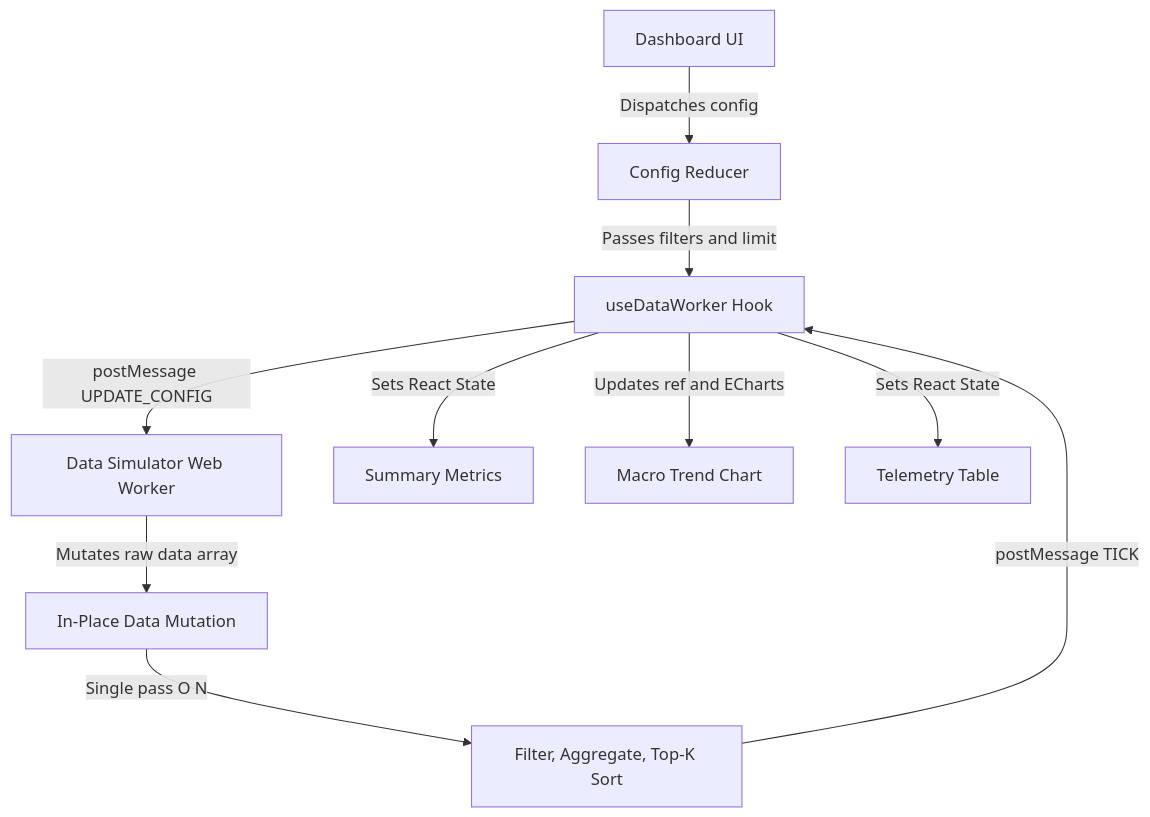
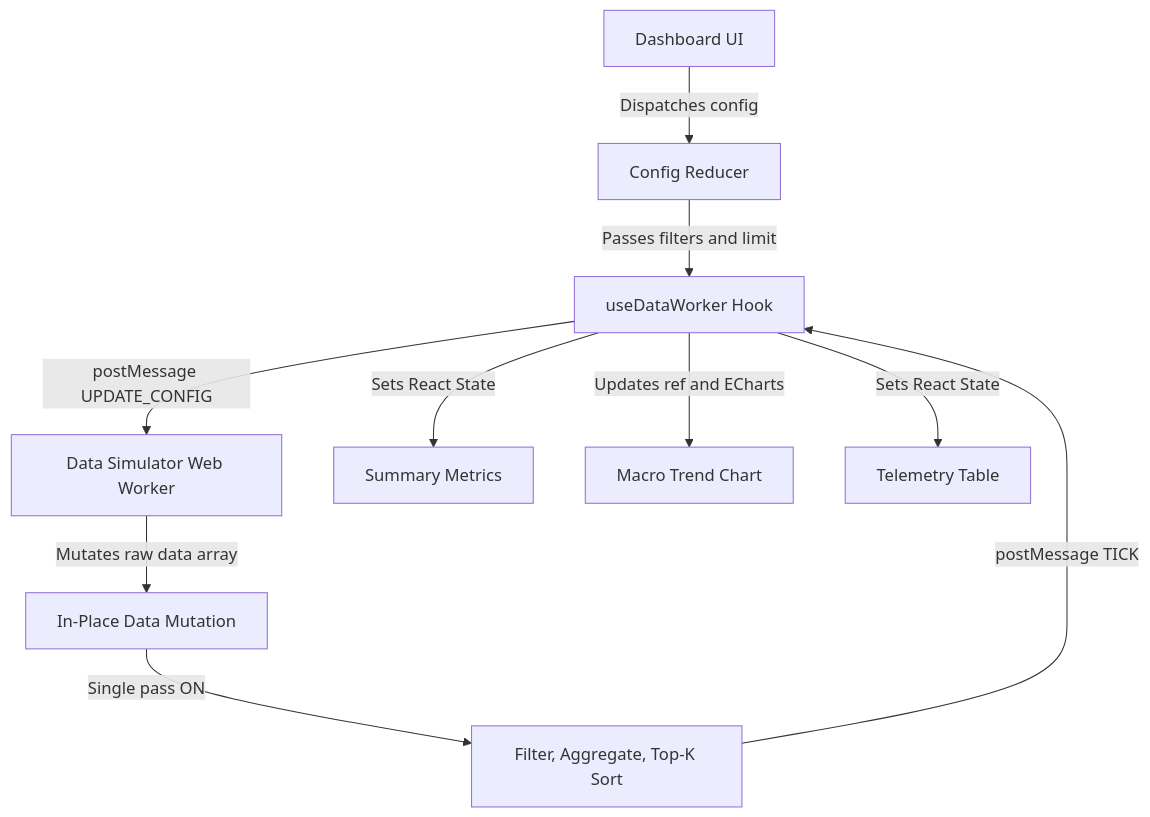
One commit to satvikvatsa196-hash/performance-dashboard changed the diagram in README.md. Above: the diagram before and after it, drawn with Mermaid.

Commit message:
docs: fix spacing typo in Mermaid diagram

````diff
--- a/README.md
+++ b/README.md
@@ -24,14 +24,14 @@
 ```mermaid
 graph TD
     UI[Dashboard UI] -->|Dispatches config| Reducer[Config Reducer]
     Reducer -->|Passes filters and limit| Hook[useDataWorker Hook]
     Hook -->|postMessage UPDATE_CONFIG| Worker[Data Simulator Web Worker]
     
     Worker -->|Mutates raw data array| Mutate["In-Place Data Mutation"]
-    Mutate -->|Single pass O N| Process["Filter, Aggregate, Top-K Sort"]
+    Mutate -->|Single pass ON| Process["Filter, Aggregate, Top-K Sort"]
     Process -->|postMessage TICK| Hook
     
     Hook -->|Sets React State| Metrics["Summary Metrics"]
     Hook -->|Updates ref and ECharts| Chart["Macro Trend Chart"]
     Hook -->|Sets React State| Table["Telemetry Table"]
 ```
````
